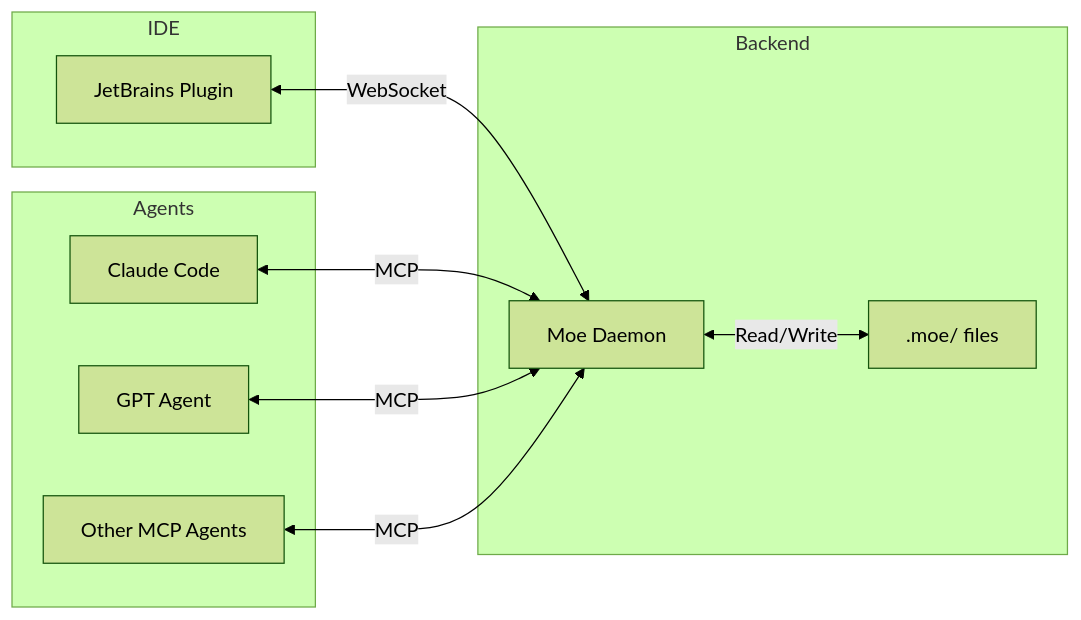
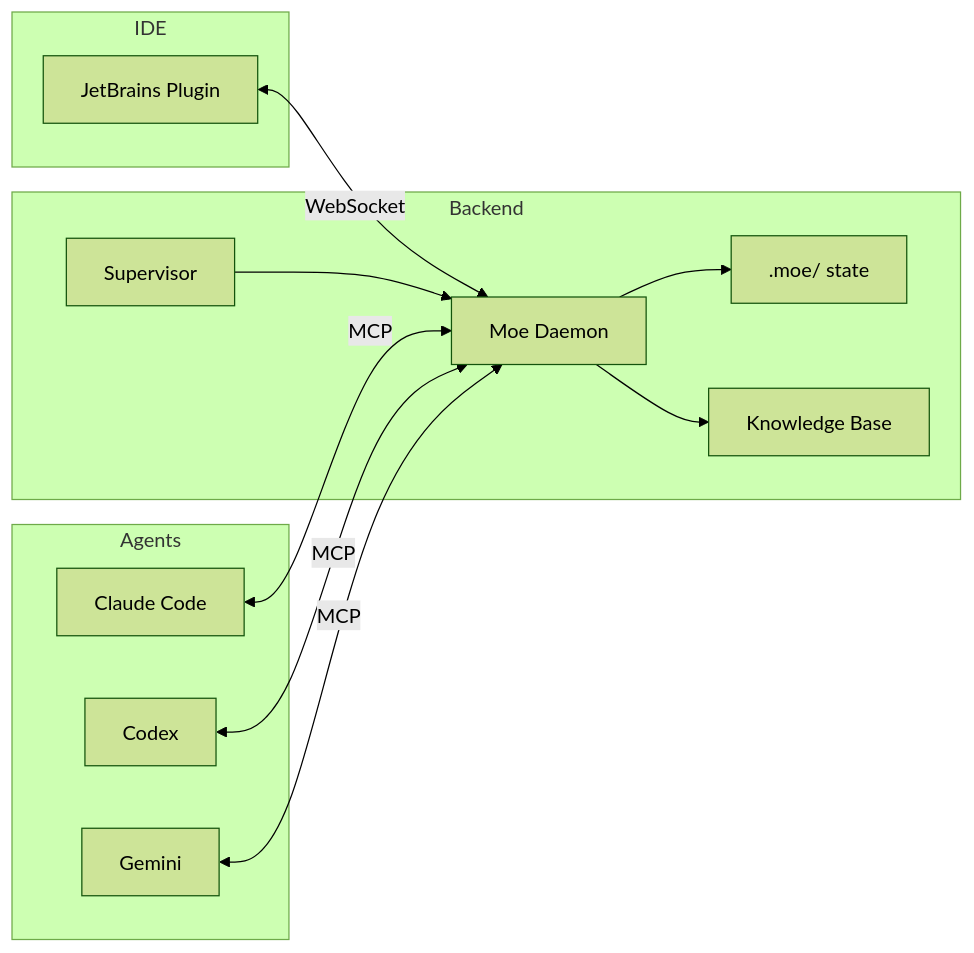
The diagram in README.md (yaront1111/Moe-s-Tavern), drawn with Mermaid (forest theme) before and after one commit. The commit also changed other lines of this file and 30 other files, not shown here.

First line of the commit message:
feat: add persistent agent memory system, daemon supervisor, and plan mode

````diff
--- a/README.md
+++ b/README.md
@@ -203,23 +210,23 @@
 ```mermaid
 graph LR
     subgraph IDE
         Plugin[JetBrains Plugin]
     end
 
     subgraph Backend
-        Daemon[Moe Daemon]
-        Files[.moe/ files]
+        Supervisor[Supervisor] --> Daemon[Moe Daemon]
+        Daemon --> Files[".moe/ state"]
+        Daemon --> Memory["Knowledge Base"]
     end
 
     subgraph Agents
         Claude[Claude Code]
-        GPT[GPT Agent]
-        Other[Other MCP Agents]
+        Codex[Codex]
+        Gemini[Gemini]
     end
 
     Plugin <-->|WebSocket| Daemon
-    Daemon <-->|Read/Write| Files
     Claude <-->|MCP| Daemon
-    GPT <-->|MCP| Daemon
-    Other <-->|MCP| Daemon
+    Codex <-->|MCP| Daemon
+    Gemini <-->|MCP| Daemon
 ```
````
